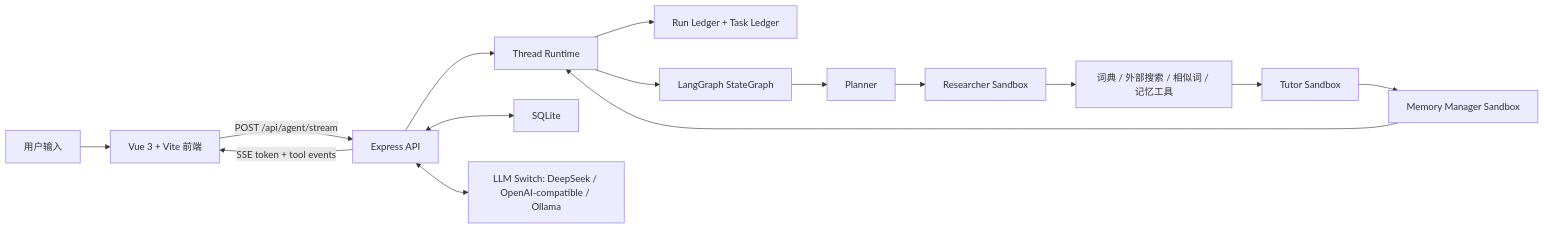
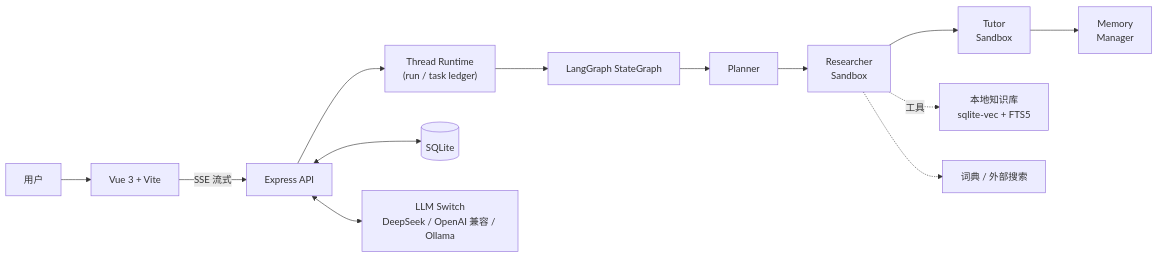
Before and after one commit to yuaiccc/japanese-verb-master: the first of 2 diagrams in README.md, drawn with Mermaid. The commit also changed other lines of this file, not shown here.

````diff
--- a/README.md
+++ b/README.md
@@ -38,17 +45,13 @@
 ```mermaid
 flowchart LR
-  User["用户输入"] --> Frontend["Vue 3 + Vite 前端"]
-  Frontend -->|POST /api/agent/stream| Backend["Express API"]
-  Backend --> Runtime["Thread Runtime"]
-  Runtime --> Ledger["Run Ledger + Task Ledger"]
-  Runtime --> Graph["LangGraph StateGraph"]
-  Graph --> Planner["Planner"]
-  Planner --> Researcher["Researcher Sandbox"]
-  Researcher --> Tools["词典 / 外部搜索 / 相似词 / 记忆工具"]
-  Tools --> Tutor["Tutor Sandbox"]
-  Tutor --> Memory["Memory Manager Sandbox"]
-  Memory --> Runtime
-  Backend -->|SSE token + tool events| Frontend
-  Backend <--> DB["SQLite"]
-  Backend <--> LLM["LLM Switch: DeepSeek / OpenAI-compatible / Ollama"]
+  User["用户"] --> FE["Vue 3 + Vite"]
+  FE -->|"SSE 流式"| API["Express API"]
+  API --> RT["Thread Runtime<br/>(run / task ledger)"]
+  RT --> G["LangGraph StateGraph"]
+  G --> P["Planner"] --> R["Researcher<br/>Sandbox"]
+  R --> T["Tutor<br/>Sandbox"] --> M["Memory<br/>Manager"]
+  R -.->|"工具"| KB["本地知识库<br/>sqlite-vec + FTS5"]
+  R -.-> EXT["词典 / 外部搜索"]
+  API <--> DB[("SQLite")]
+  API <--> LLM["LLM Switch<br/>DeepSeek / OpenAI 兼容 / Ollama"]
 ```
````
